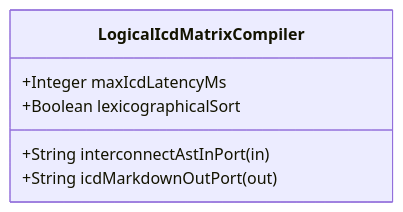
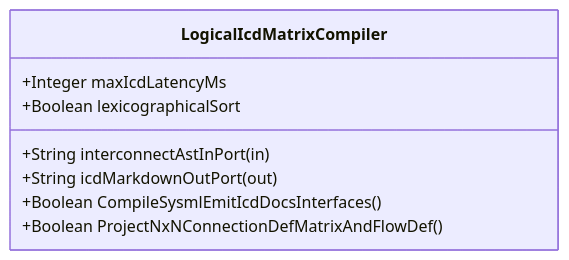
One commit to gintatkinson/DEAP01-spec-core changed the diagram in .pipeline/upstream/docs/features/FEAT-19-LogicalIcdMatrixCompiler.md. Above: the diagram before and after it, drawn with Mermaid. The commit also changed other lines of this file and 225 other files, not shown here.

````diff
--- a/.pipeline/upstream/docs/features/FEAT-19-LogicalIcdMatrixCompiler.md
+++ b/.pipeline/upstream/docs/features/FEAT-19-LogicalIcdMatrixCompiler.md
@@ -16,9 +16,11 @@
 ```mermaid
 classDiagram
     class LogicalIcdMatrixCompiler {
         +String interconnectAstInPort (in)
         +String icdMarkdownOutPort (out)
         +Integer maxIcdLatencyMs
         +Boolean lexicographicalSort
+        +Boolean CompileSysmlEmitIcdDocsInterfaces()
+        +Boolean ProjectNxNConnectionDefMatrixAndFlowDef()
     }
 ```
````
